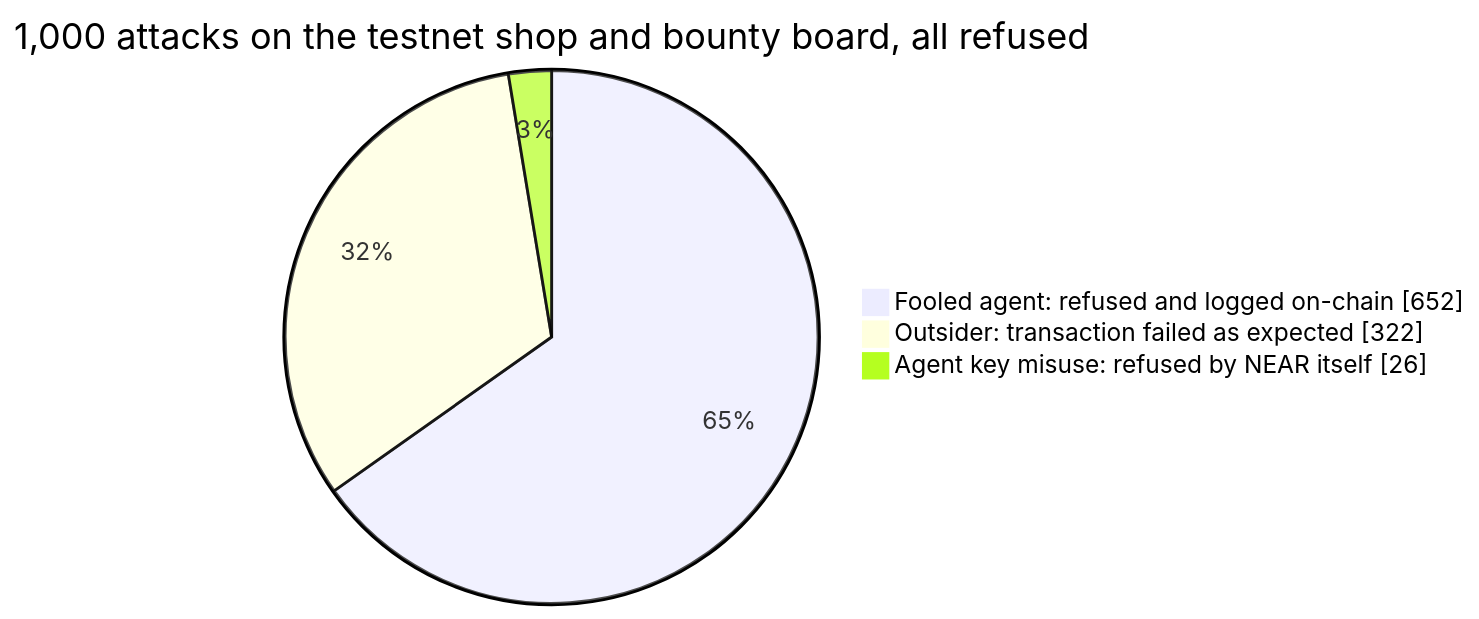
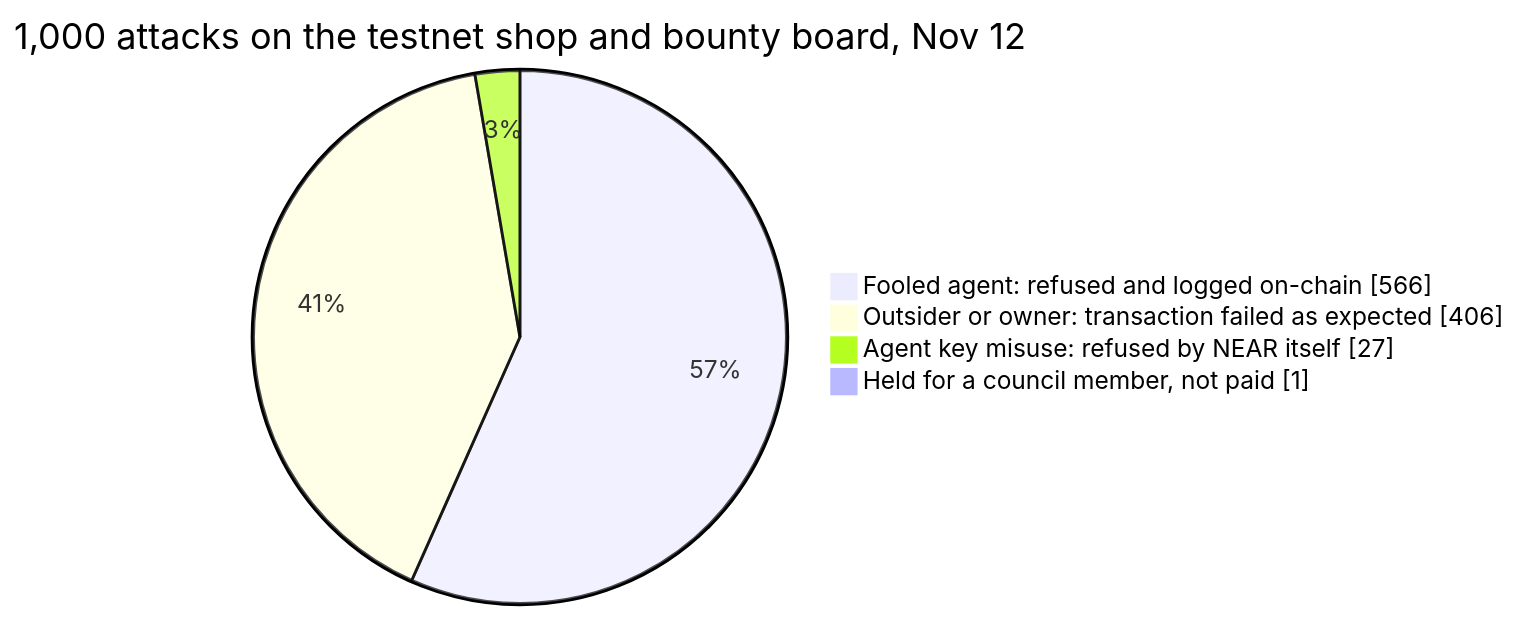
One commit to Abdul-Jimoh/pursestrings changed the second of 3 diagrams in README.md. Above: the diagram before and after it, drawn with Mermaid. The commit also changed other lines of this file and 3 other files, not shown here.

Commit message:
Marathon rerun on the live code: owner, held-payment and bounty attacks; 999 refused, 1 held for the council, explained

````diff
--- a/README.md
+++ b/README.md
@@ -167,7 +167,8 @@
 ```mermaid
 pie showData
-    title 1,000 attacks on the testnet shop and bounty board, all refused
-    "Fooled agent: refused and logged on-chain" : 652
-    "Outsider: transaction failed as expected" : 322
-    "Agent key misuse: refused by NEAR itself" : 26
+    title 1,000 attacks on the testnet shop and bounty board, Nov 12
+    "Fooled agent: refused and logged on-chain" : 566
+    "Outsider or owner: transaction failed as expected" : 406
+    "Agent key misuse: refused by NEAR itself" : 27
+    "Held for a council member, not paid" : 1
 ```
````
